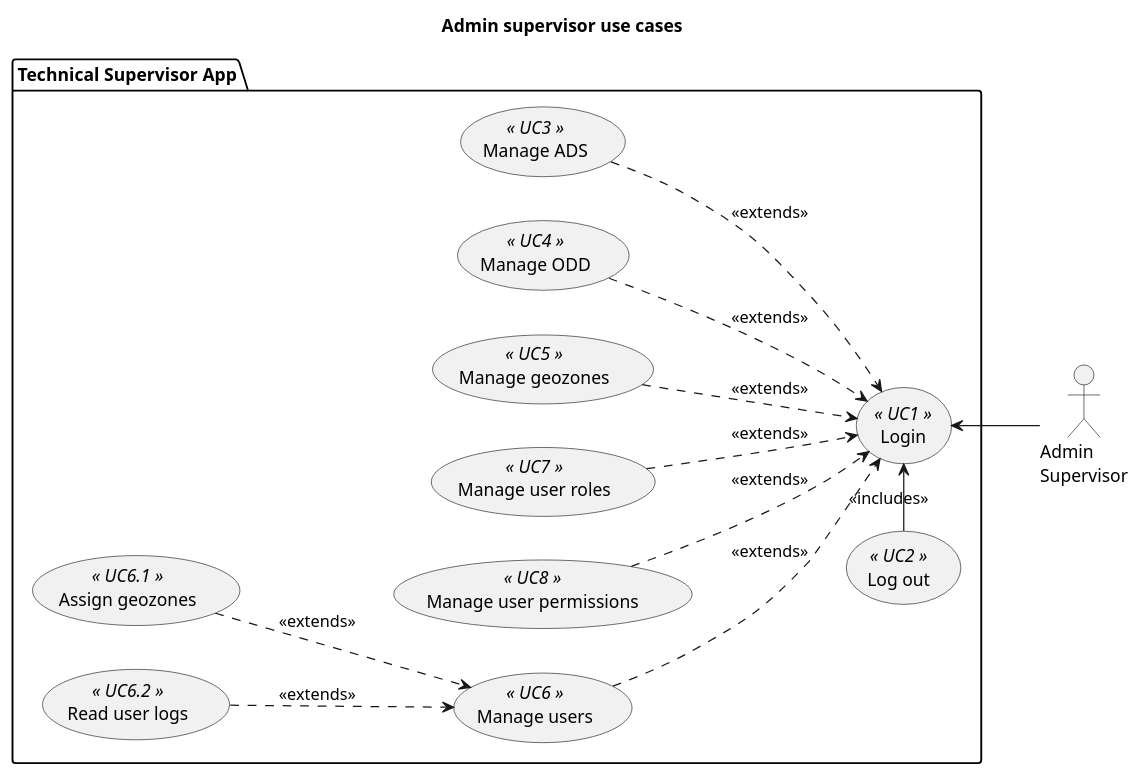
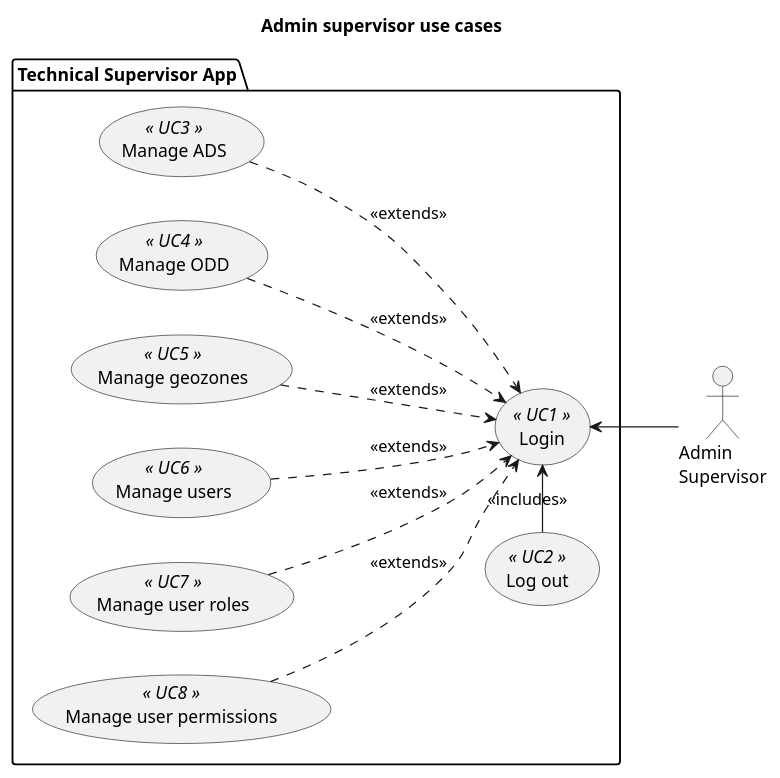
The diagram in technical_supervisor/use_cases/use_cases_admin_supervisor.pu (bruno-motorai/uml), drawn with PlantUML before and after one commit. The commit also changed 2 other files, not shown here.

```diff
--- a/technical_supervisor/use_cases/use_cases_admin_supervisor.pu
+++ b/technical_supervisor/use_cases/use_cases_admin_supervisor.pu
@@ -1,34 +1,29 @@
 @startuml ts_use_cases
 title Admin supervisor use cases
 
 left to right direction
 
 actor :Admin\nSupervisor: as ADM1
 
 package "Technical Supervisor App" {
     usecase UC1 as (Login) <<  UC1  >>
     usecase UC2 as (Log out) <<  UC2  >>
     usecase UC3 as (Manage ADS) <<  UC3  >>
     usecase UC4 as (Manage ODD) <<  UC4  >>
     usecase UC5 as (Manage geozones) <<  UC5  >>
     usecase UC6 as (Manage users) <<  UC6  >>
     usecase UC7 as (Manage user roles) <<  UC7  >>
     usecase UC8 as (Manage user permissions) <<  UC8  >>
-
-    usecase UC61 as (Assign geozones) <<  UC6.1  >>
-    usecase UC62 as (Read user logs) <<  UC6.2  >>
 }
 
 ADM1 -up-> UC1
 
 UC2 -> UC1 : <<includes>> 
 UC3 --> UC1 #line.dashed : <<extends>>
 UC4 --> UC1 #line.dashed : <<extends>>
 UC5 --> UC1 #line.dashed : <<extends>>
 UC6 --> UC1 #line.dashed : <<extends>>
-UC61 --> UC6 #line.dashed : <<extends>>
-UC62 --> UC6 #line.dashed : <<extends>>
 UC7 --> UC1 #line.dashed : <<extends>>
 UC8 --> UC1 #line.dashed : <<extends>>
 
 @enduml
```
